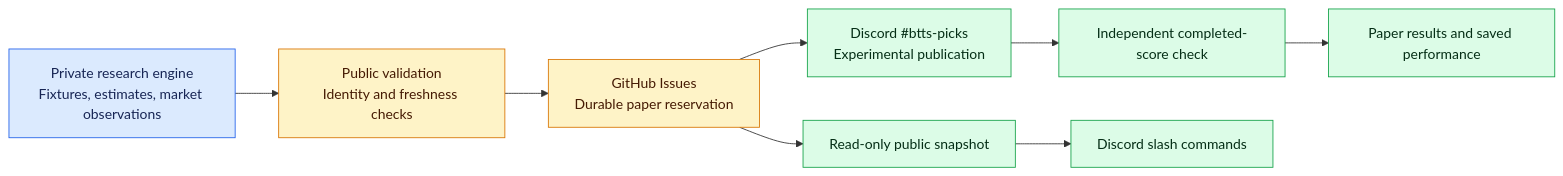
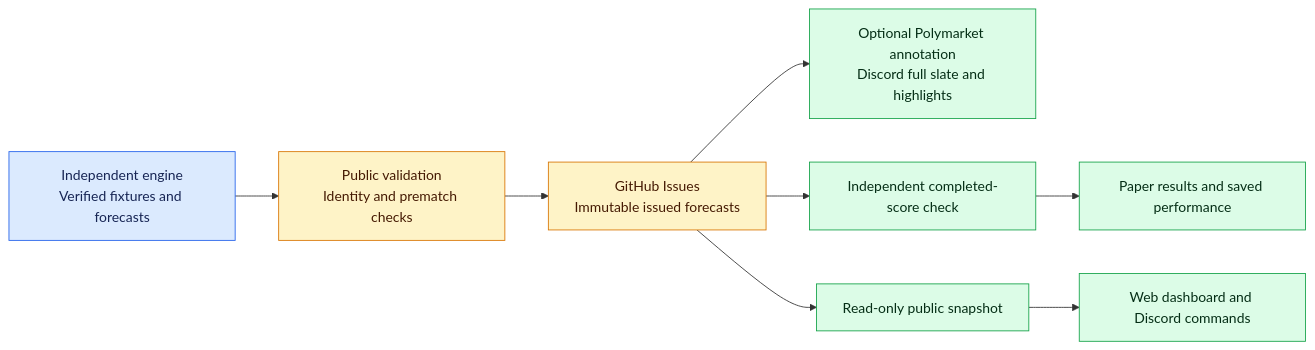
Before and after one commit to stelladeecoder/statrally-soccer-automation: the diagram in README.md, drawn with Mermaid. The commit also changed other lines of this file and 24 other files, not shown here.

Commit message:
Track independent prematch forecasts and publish full BTTS slate, grades and web analytics

````diff
--- a/README.md
+++ b/README.md
@@ -76,16 +77,16 @@
 ```mermaid
 flowchart LR
-    A["Private research engine<br/>Fixtures, estimates, market observations"] --> B["Public validation<br/>Identity and freshness checks"]
-    B --> C["GitHub Issues<br/>Durable paper reservation"]
-    C --> D["Discord #btts-picks<br/>Experimental publication"]
-    D --> E["Independent completed-score check"]
+    A["Independent engine<br/>Verified fixtures and forecasts"] --> B["Public validation<br/>Identity and prematch checks"]
+    B --> C["GitHub Issues<br/>Immutable issued forecasts"]
+    C --> D["Optional Polymarket annotation<br/>Discord full slate and highlights"]
+    C --> E["Independent completed-score check"]
     E --> F["Paper results and saved performance"]
     C --> G["Read-only public snapshot"]
-    G --> H["Discord slash commands"]
+    G --> H["Web dashboard and Discord commands"]
     classDef model fill:#dbeafe,stroke:#2563eb,color:#172554
     classDef validation fill:#fef3c7,stroke:#d97706,color:#451a03
     classDef public fill:#dcfce7,stroke:#16a34a,color:#052e16
     class A model
     class B,C validation
     class D,E,F,G,H public
 ```
````
